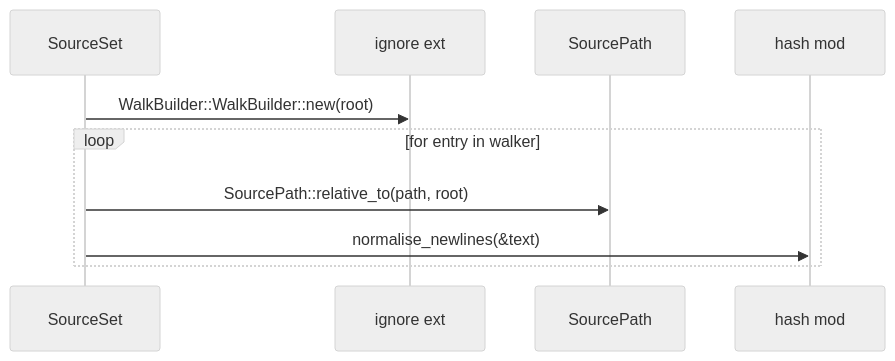
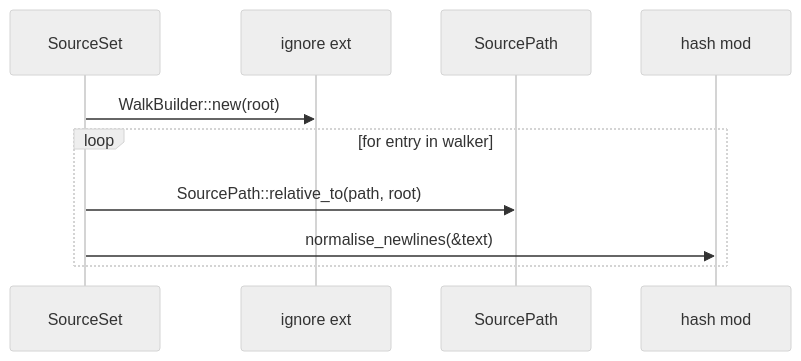
The fifth of 5 diagrams in docs/sealmap/crates/sealmap-model/src/source.rs.md (DreamLab-AI/codemaid), drawn with Mermaid (neutral theme) before and after one commit. The commit also changed other lines of this file and 29 other files, not shown here.

````diff
--- a/docs/sealmap/crates/sealmap-model/src/source.rs.md
+++ b/docs/sealmap/crates/sealmap-model/src/source.rs.md
@@ -106,12 +106,12 @@
 ```mermaid
 sequenceDiagram
   participant sealmap_model__source___tSourceSet as SourceSet
   participant _ignore as ignore ext
   participant sealmap_model__path___tSourcePath as SourcePath
   participant sealmap_model__hash as hash mod
-  sealmap_model__source___tSourceSet->>_ignore: WalkBuilder::WalkBuilder::new(root)
+  sealmap_model__source___tSourceSet->>_ignore: WalkBuilder::new(root)
   loop for entry in walker
     sealmap_model__source___tSourceSet->>sealmap_model__path___tSourcePath: SourcePath::relative_to(path, root)
     sealmap_model__source___tSourceSet->>sealmap_model__hash: normalise_newlines(&text)
   end
 ```
````
